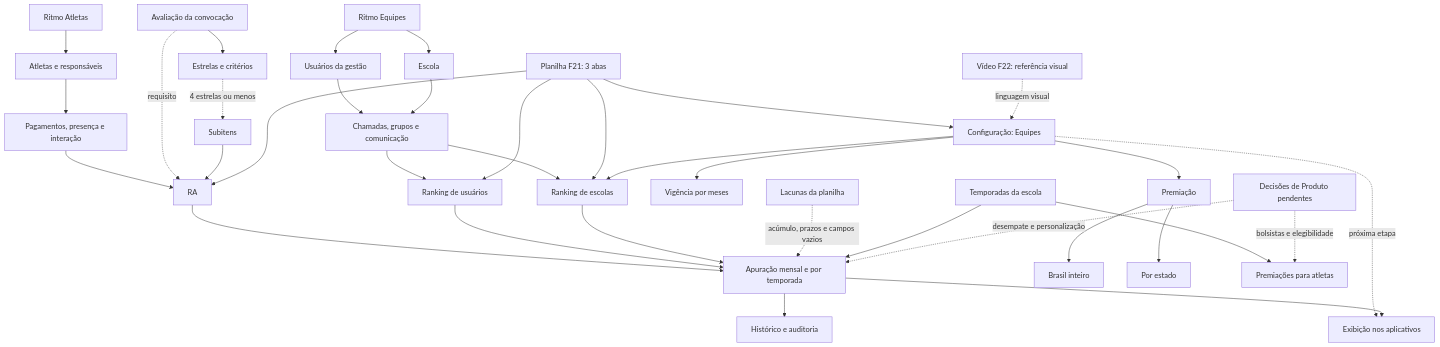
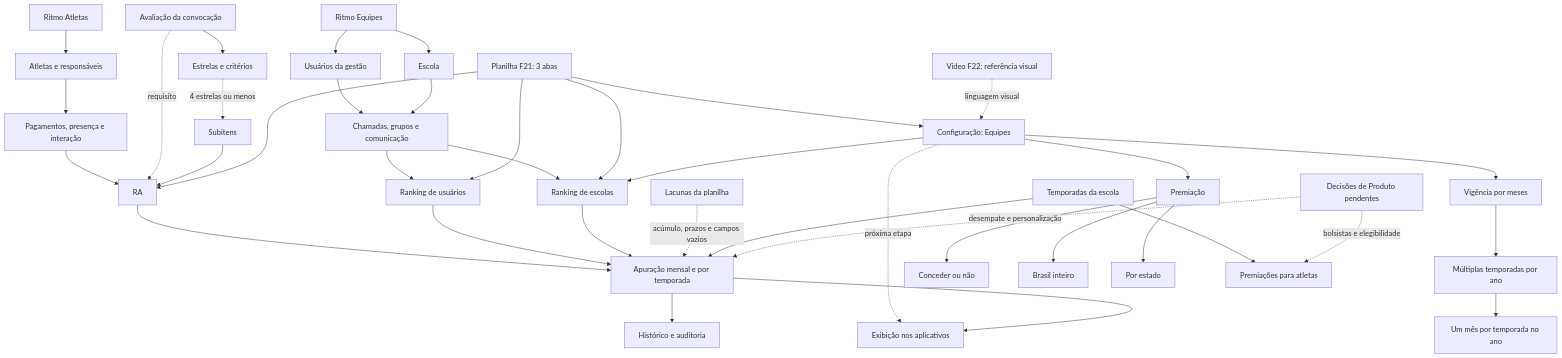
One commit to giovannafrancisconi-del/ritmo-base-conhecimento changed the diagram in 00-Mapa/Grafo-de-conhecimento.md. Above: the diagram before and after it, drawn with Mermaid. The commit also changed other lines of this file and 10 other files, not shown here.

Commit message:
docs: valida meses por ano e premiação opcional

````diff
--- a/00-Mapa/Grafo-de-conhecimento.md
+++ b/00-Mapa/Grafo-de-conhecimento.md
@@ -13,37 +13,40 @@
 ```mermaid
 graph TD
   A["Ritmo Atletas"] --> AT["Atletas e responsáveis"]
   E["Ritmo Equipes"] --> U["Usuários da gestão"]
   E --> ESC["Escola"]
   AT --> OP["Pagamentos, presença e interação"]
   U --> GE["Chamadas, grupos e comunicação"]
   ESC --> GE
   OP --> RA
   AV["Avaliação da convocação"] -. "requisito" .-> RA
   AV --> CR["Estrelas e critérios"]
   CR -. "4 estrelas ou menos" .-> SI["Subitens"]
   SI --> RA
   GE --> RU["Ranking de usuários"]
   GE --> RE["Ranking de escolas"]
   RA --> AP["Apuração mensal e por temporada"]
   RU --> AP
   RE --> AP
   PL["Planilha F21: 3 abas"] --> RA
   PL --> RU
   PL --> RE
   VC["Configuração: Equipes"] --> RE
   PL --> VC
   VR["Vídeo F22: referência visual"] -. "linguagem visual" .-> VC
   VC --> VG["Vigência por meses"]
+  VG --> MT["Múltiplas temporadas por ano"]
+  MT --> UM["Um mês por temporada no ano"]
   VC --> PM["Premiação"]
+  PM --> PO["Conceder ou não"]
   PM --> BR["Brasil inteiro"]
   PM --> UF["Por estado"]
   VC -. "próxima etapa" .-> EX
   LP["Lacunas da planilha"] -. "acúmulo, prazos e campos vazios" .-> AP
   AP --> H["Histórico e auditoria"]
   AP --> EX["Exibição nos aplicativos"]
   T["Temporadas da escola"] --> AP
   T --> PR["Premiações para atletas"]
   P["Decisões de Produto pendentes"] -. "bolsistas e elegibilidade" .-> PR
   P -. "desempate e personalização" .-> AP
 ```
````
